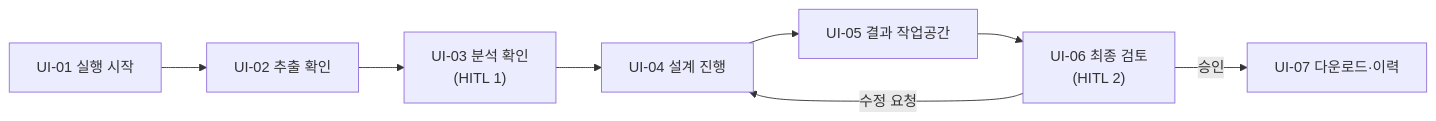
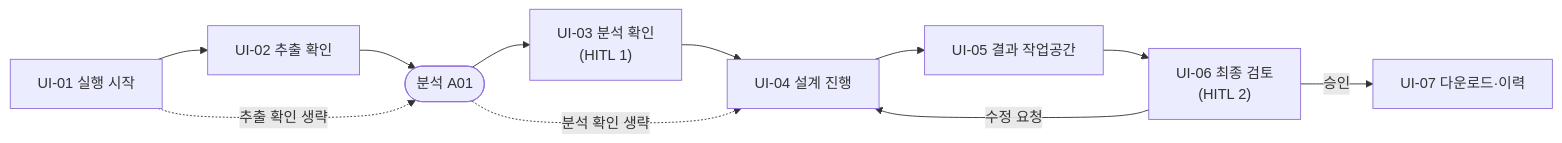
Before and after one commit to surplus96/specton: the diagram in docs/09-ui-flow.md, drawn with Mermaid. The commit also changed other lines of this file, not shown here.

Commit message:
docs: show skipped extraction and analysis checks in the UI flow

````diff
--- a/docs/09-ui-flow.md
+++ b/docs/09-ui-flow.md
@@ -7,7 +7,10 @@
 ```mermaid
 flowchart LR
-    U1["UI-01 실행 시작"] --> U2["UI-02 추출 확인"] --> U3["UI-03 분석 확인<br/>(HITL 1)"]
-    U3 --> U4["UI-04 설계 진행"] --> U5["UI-05 결과 작업공간"] --> U6["UI-06 최종 검토<br/>(HITL 2)"]
+    U1["UI-01 실행 시작"] --> U2["UI-02 추출 확인"] --> A(["분석 A01"])
+    U1 -.->|추출 확인 생략| A
+    A --> U3["UI-03 분석 확인<br/>(HITL 1)"] --> U4["UI-04 설계 진행"]
+    A -.->|분석 확인 생략| U4
+    U4 --> U5["UI-05 결과 작업공간"] --> U6["UI-06 최종 검토<br/>(HITL 2)"]
     U6 -->|수정 요청| U4
     U6 -->|승인| U7["UI-07 다운로드·이력"]
 ```
````
